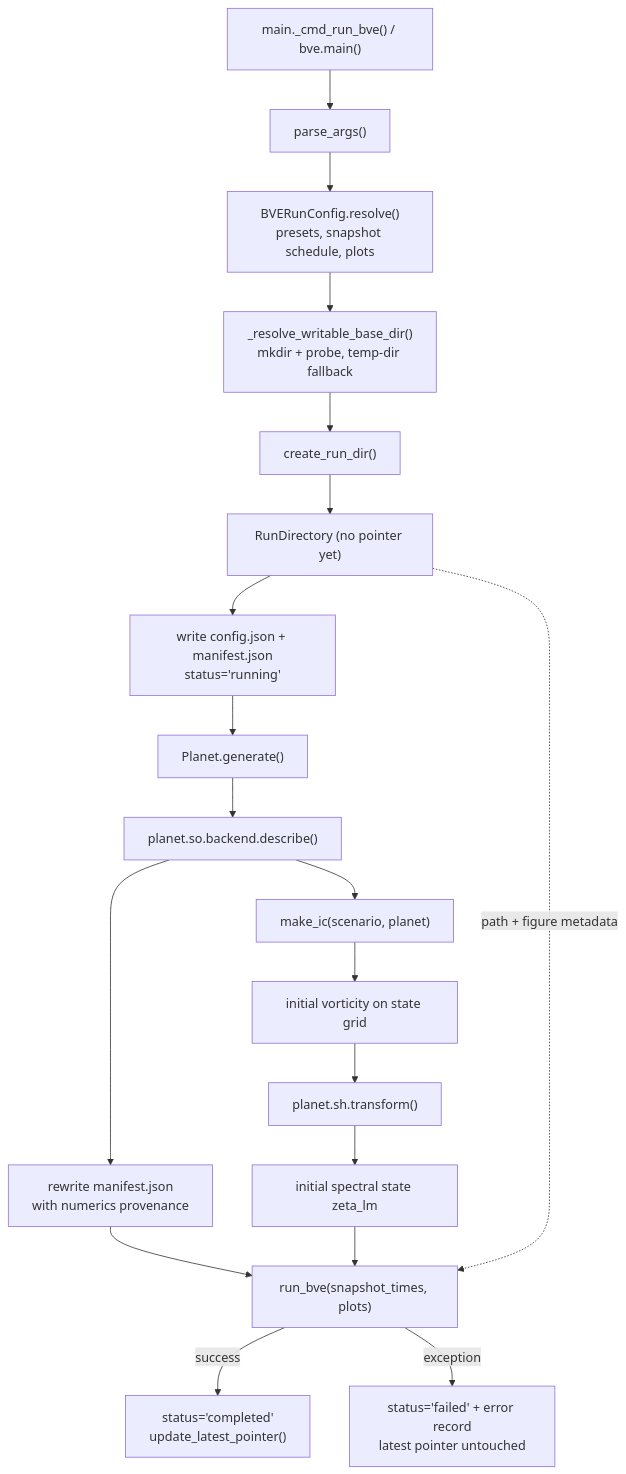
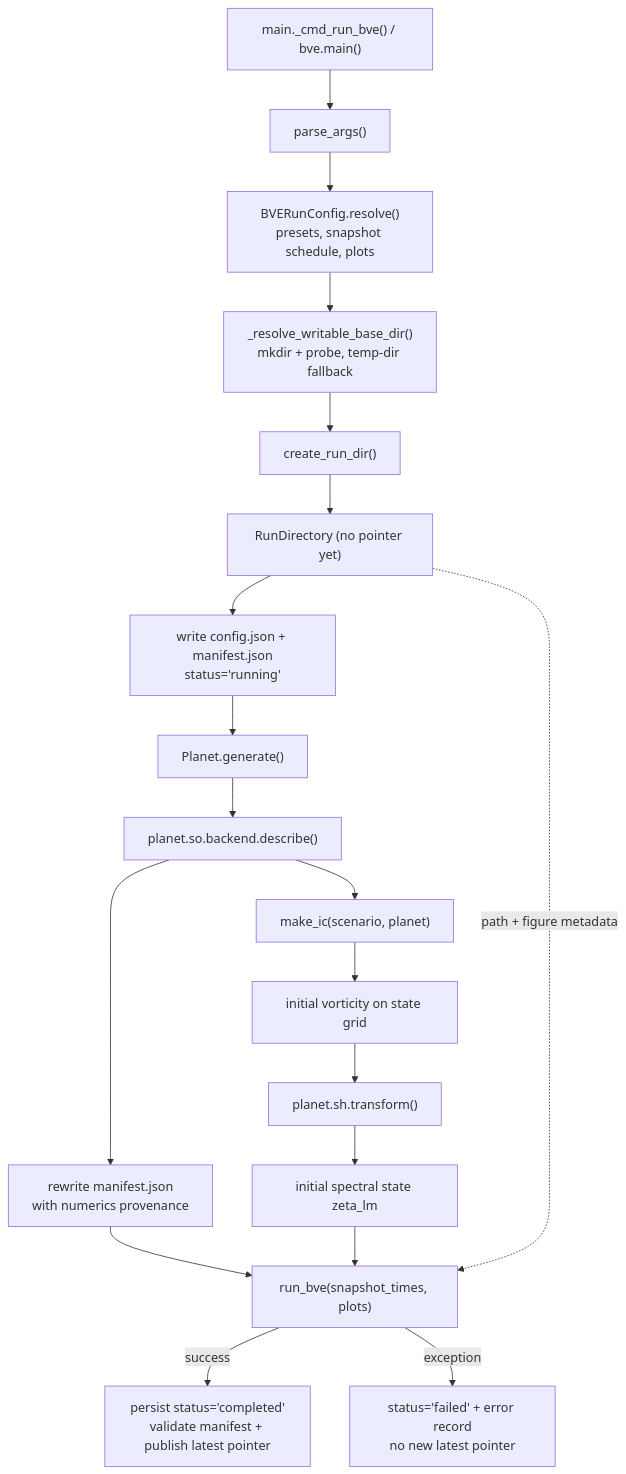
The second of 5 diagrams in docs/call-structure.md (AlexandreEros/Aeolus), drawn with Mermaid before and after one commit. The commit also changed other lines of this file and 9 other files, not shown here.

````diff
--- a/docs/call-structure.md
+++ b/docs/call-structure.md
@@ -90,24 +90,24 @@
 ```mermaid
 flowchart TD
     main["main._cmd_run_bve() / bve.main()"] --> parse["parse_args()"]
     parse --> resolve["BVERunConfig.resolve()<br/>presets, snapshot schedule, plots"]
     resolve --> writable["_resolve_writable_base_dir()<br/>mkdir + probe, temp-dir fallback"]
     writable --> create["create_run_dir()"]
     create --> runDir["RunDirectory (no pointer yet)"]
     runDir --> initcfg["write config.json + manifest.json<br/>status='running'"]
 
     initcfg --> generate["Planet.generate()"]
     generate --> describe["planet.so.backend.describe()"]
 
     describe --> ic["make_ic(scenario, planet)"]
     ic --> initialGrid["initial vorticity on state grid"]
     initialGrid --> transform["planet.sh.transform()"]
     transform --> initialLM["initial spectral state zeta_lm"]
 
     describe --> refresh["rewrite manifest.json<br/>with numerics provenance"]
     refresh --> run["run_bve(snapshot_times, plots)"]
     initialLM --> run
     runDir -. "path + figure metadata" .-> run
-    run -- "success" --> ok["status='completed'<br/>update_latest_pointer()"]
-    run -- "exception" --> fail["status='failed' + error record<br/>latest pointer untouched"]
+    run -- "success" --> ok["persist status='completed'<br/>validate manifest + publish latest pointer"]
+    run -- "exception" --> fail["status='failed' + error record<br/>no new latest pointer"]
 ```
````
